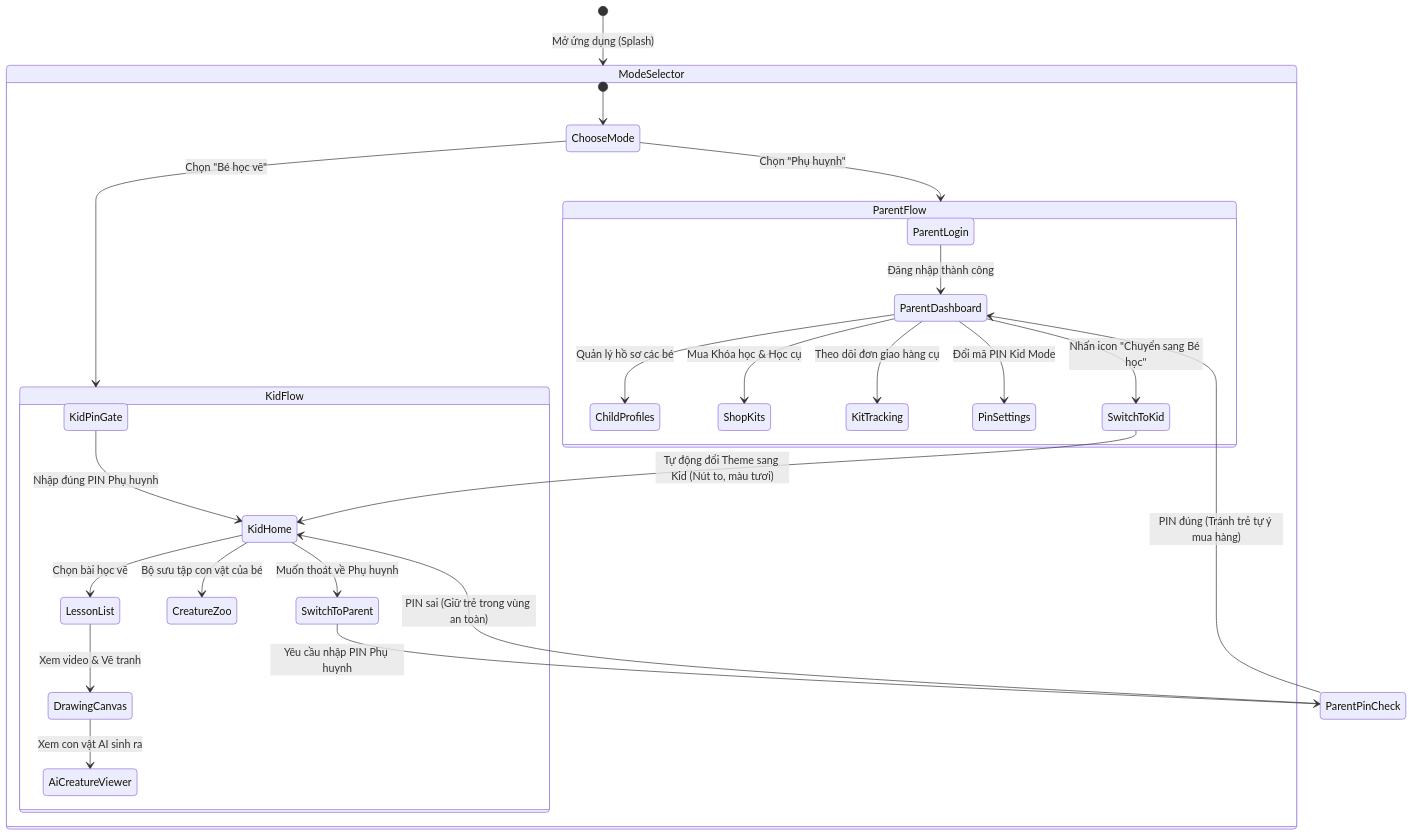
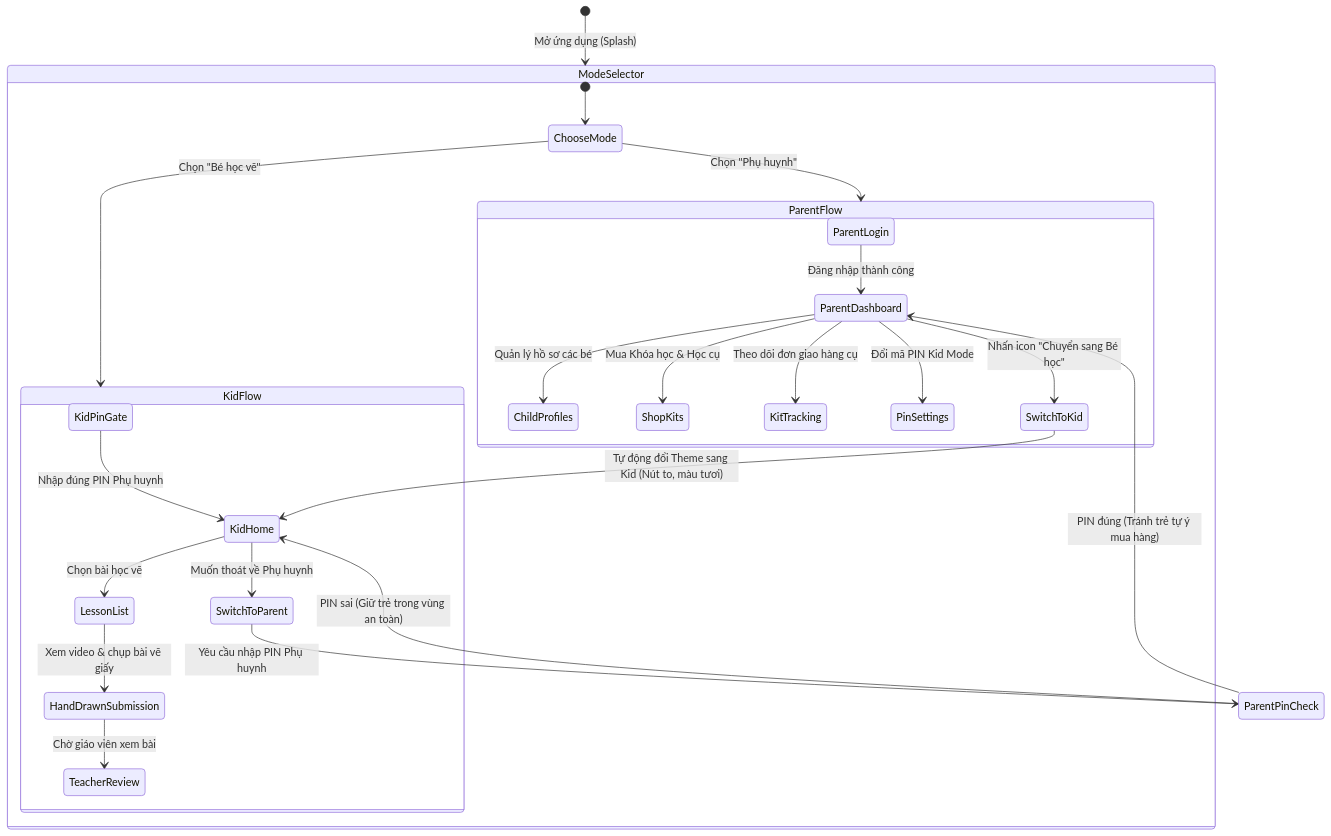
Before and after one commit to sontran12242004/ART_KID: the second of 2 diagrams in apps/artkids_app/README.md, drawn with Mermaid. The commit also changed other lines of this file and 61 other files, not shown here.

Commit message:
Replace AI drawing flow with hand submissions

````diff
--- a/apps/artkids_app/README.md
+++ b/apps/artkids_app/README.md
@@ -217,33 +190,32 @@
 ```mermaid
 stateDiagram-v2
     [*] --> ModeSelector: Mở ứng dụng (Splash)
 
     state ModeSelector {
         [*] --> ChooseMode
         ChooseMode --> ParentFlow: Chọn "Phụ huynh"
         ChooseMode --> KidFlow: Chọn "Bé học vẽ"
     }
 
     state ParentFlow {
         ParentLogin --> ParentDashboard: Đăng nhập thành công
         ParentDashboard --> ChildProfiles: Quản lý hồ sơ các bé
         ParentDashboard --> ShopKits: Mua Khóa học & Học cụ
         ParentDashboard --> KitTracking: Theo dõi đơn giao hàng cụ
         ParentDashboard --> PinSettings: Đổi mã PIN Kid Mode
         ParentDashboard --> SwitchToKid: Nhấn icon "Chuyển sang Bé học"
     }
 
     state KidFlow {
         KidPinGate --> KidHome: Nhập đúng PIN Phụ huynh
         KidHome --> LessonList: Chọn bài học vẽ
-        LessonList --> DrawingCanvas: Xem video & Vẽ tranh
-        DrawingCanvas --> AiCreatureViewer: Xem con vật AI sinh ra
-        KidHome --> CreatureZoo: Bộ sưu tập con vật của bé
+        LessonList --> HandDrawnSubmission: Xem video & chụp bài vẽ giấy
+        HandDrawnSubmission --> TeacherReview: Chờ giáo viên xem bài
         KidHome --> SwitchToParent: Muốn thoát về Phụ huynh
     }
 
     SwitchToKid --> KidHome: Tự động đổi Theme sang Kid (Nút to, màu tươi)
     SwitchToParent --> ParentPinCheck: Yêu cầu nhập PIN Phụ huynh
     ParentPinCheck --> ParentDashboard: PIN đúng (Tránh trẻ tự ý mua hàng)
     ParentPinCheck --> KidHome: PIN sai (Giữ trẻ trong vùng an toàn)
 ```
````
